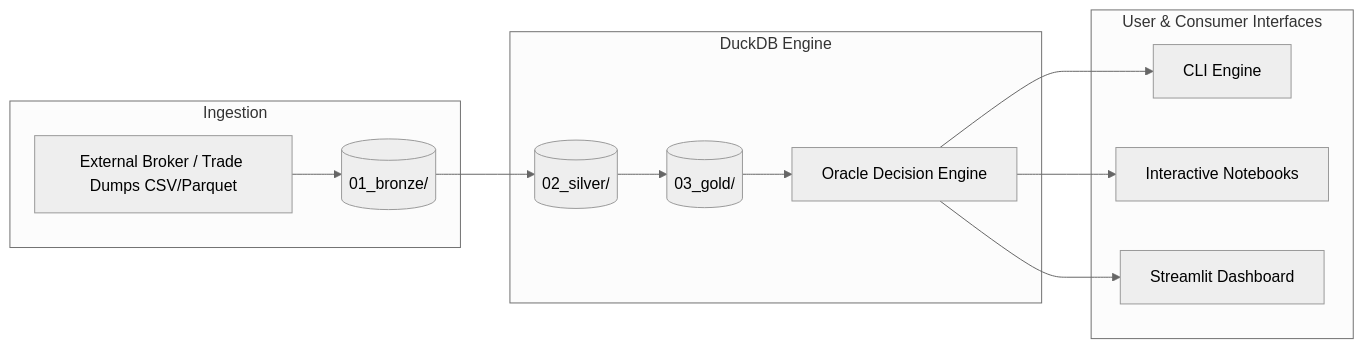
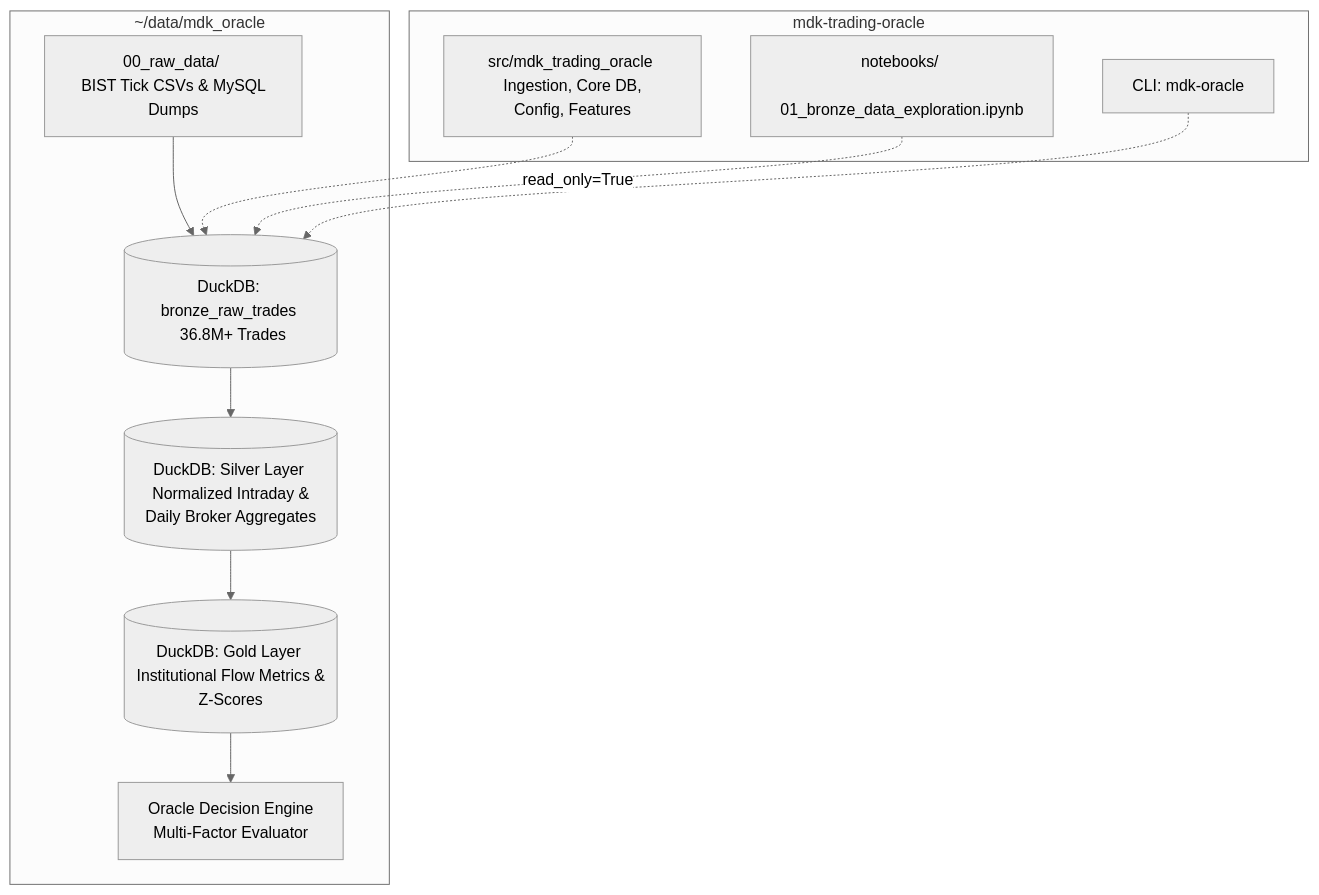
Before and after one commit to ozy-mdk/mdk-trade-oracle: the diagram in README.md, drawn with Mermaid (neutral theme). The commit also changed other lines of this file and 14 other files, not shown here.

Commit message:
docs & refactor: align README, pyproject.toml, CLI, config and linter with separated data architecture

````diff
--- a/README.md
+++ b/README.md
@@ -11,18 +11,19 @@
 ```mermaid
-flowchart LR
-    subgraph Ingestion
-        A[External Broker / Trade Dumps CSV/Parquet] --> B[(01_bronze/)]
+flowchart TD
+    subgraph External Data Lakehouse [~/data/mdk_oracle]
+        A[00_raw_data/ <br> BIST Tick CSVs & MySQL Dumps] --> B[(DuckDB: bronze_raw_trades <br> 36.8M+ Trades)]
+        B --> C[(DuckDB: Silver Layer <br> Normalized Intraday & Daily Broker Aggregates)]
+        C --> D[(DuckDB: Gold Layer <br> Institutional Flow Metrics & Z-Scores)]
+        D --> E[Oracle Decision Engine <br> Multi-Factor Evaluator]
     end
 
-    subgraph Data Lakehouse [DuckDB Engine]
-        B --> C[(02_silver/)]
-        C --> D[(03_gold/)]
-        D --> E[Oracle Decision Engine]
+    subgraph Code Repository [mdk-trading-oracle]
+        F[src/mdk_trading_oracle <br> Ingestion, Core DB, Config, Features]
+        G[notebooks/ <br> 01_bronze_data_exploration.ipynb]
+        H[CLI: mdk-oracle]
     end
 
-    subgraph User & Consumer Interfaces
-        E --> F[CLI Engine]
-        E --> G[Interactive Notebooks]
-        E --> H[Streamlit Dashboard]
-    end
+    F -.-> B
+    G -.->|read_only=True| B
+    H -.-> B
 ```
````
